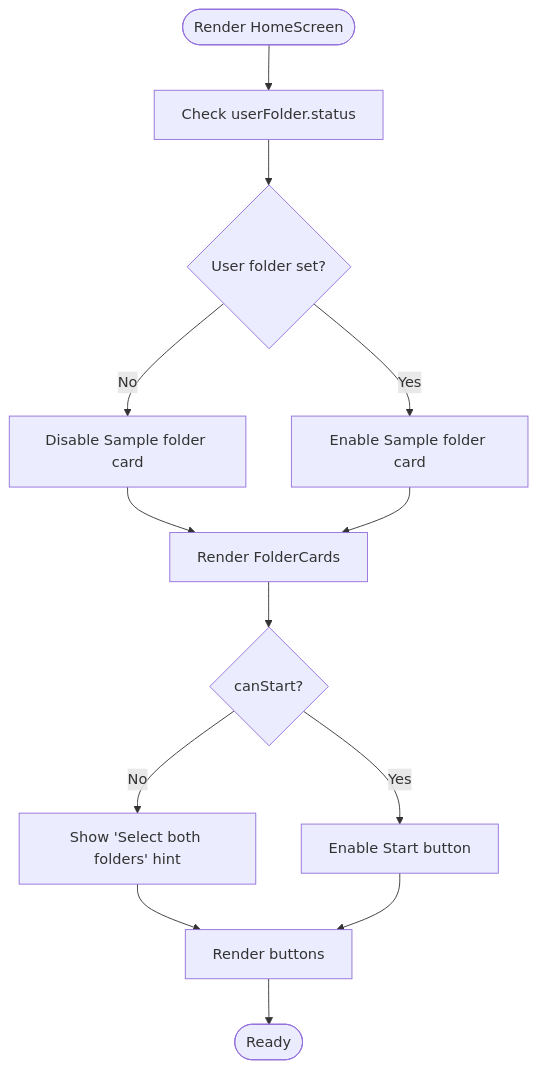
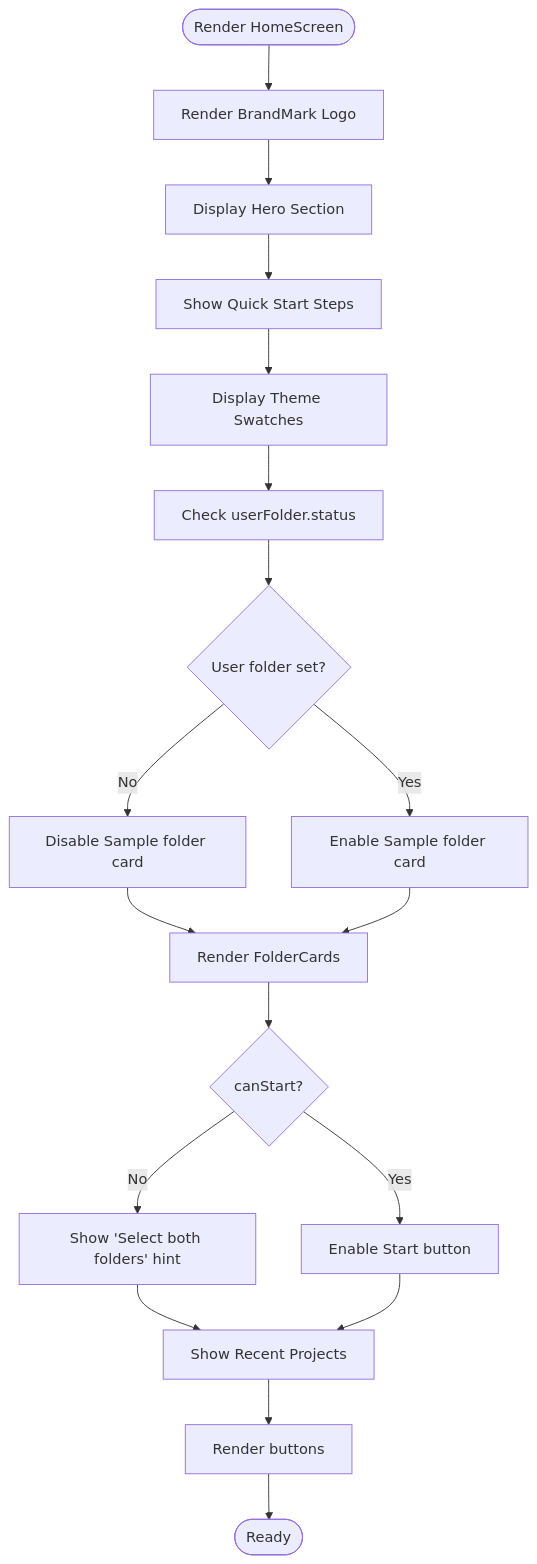
The third of 8 diagrams in .qoder/repowiki/en/content/Core Components/UI Components.md (satyrlord/mixjam-electron), drawn with Mermaid before and after one commit. The commit also changed other lines of this file and 37 other files, not shown here.

````diff
--- a/.qoder/repowiki/en/content/Core Components/UI Components.md
+++ b/.qoder/repowiki/en/content/Core Components/UI Components.md
@@ -217,15 +275,20 @@
 ```mermaid
 flowchart TD
-Start(["Render HomeScreen"]) --> CheckUser["Check userFolder.status"]
+Start(["Render HomeScreen"]) --> Brand["Render BrandMark Logo"]
+Brand --> Hero["Display Hero Section"]
+Hero --> Steps["Show Quick Start Steps"]
+Steps --> Themes["Display Theme Swatches"]
+Themes --> CheckUser["Check userFolder.status"]
 CheckUser --> UserSet{"User folder set?"}
 UserSet --> |No| DisableSample["Disable Sample folder card"]
 UserSet --> |Yes| EnableSample["Enable Sample folder card"]
 DisableSample --> RenderCards["Render FolderCards"]
 EnableSample --> RenderCards
 RenderCards --> CanStart{"canStart?"}
 CanStart --> |No| ShowHint["Show 'Select both folders' hint"]
 CanStart --> |Yes| EnableStart["Enable Start button"]
-ShowHint --> RenderButtons["Render buttons"]
-EnableStart --> RenderButtons
+ShowHint --> ShowRecent["Show Recent Projects"]
+EnableStart --> ShowRecent
+ShowRecent --> RenderButtons["Render buttons"]
 RenderButtons --> End(["Ready"])
 ```
````
